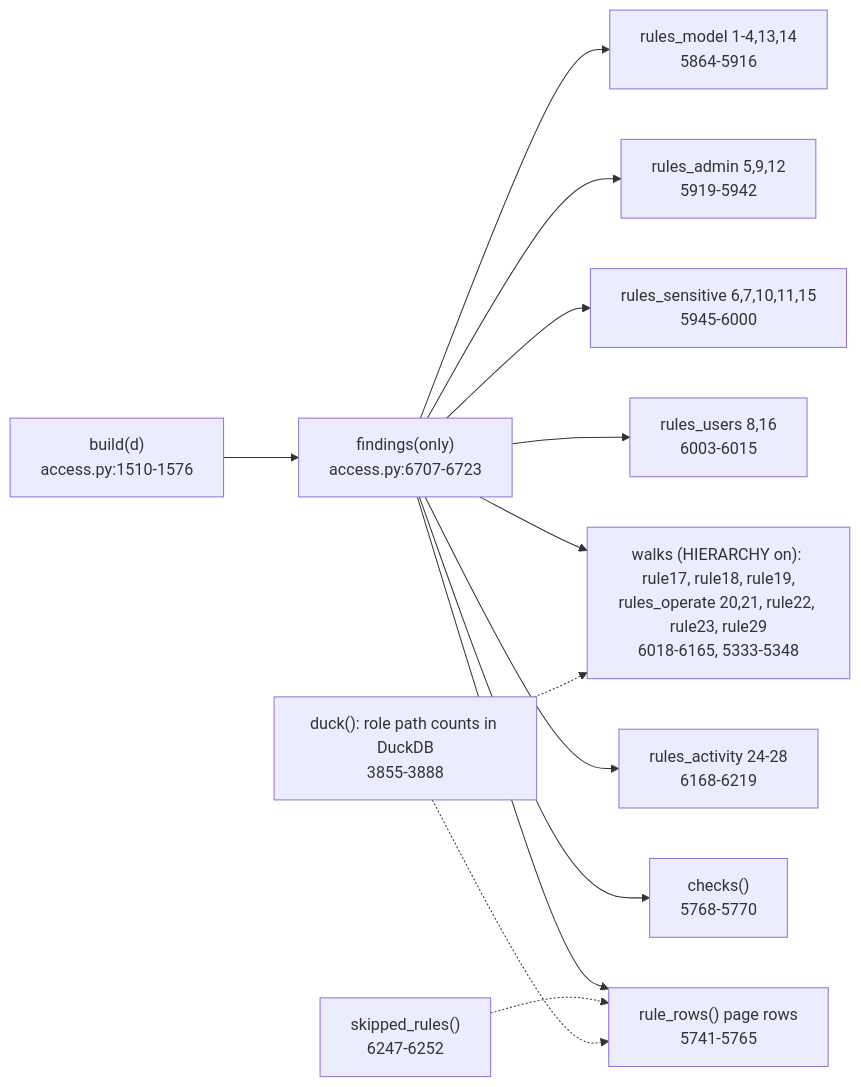
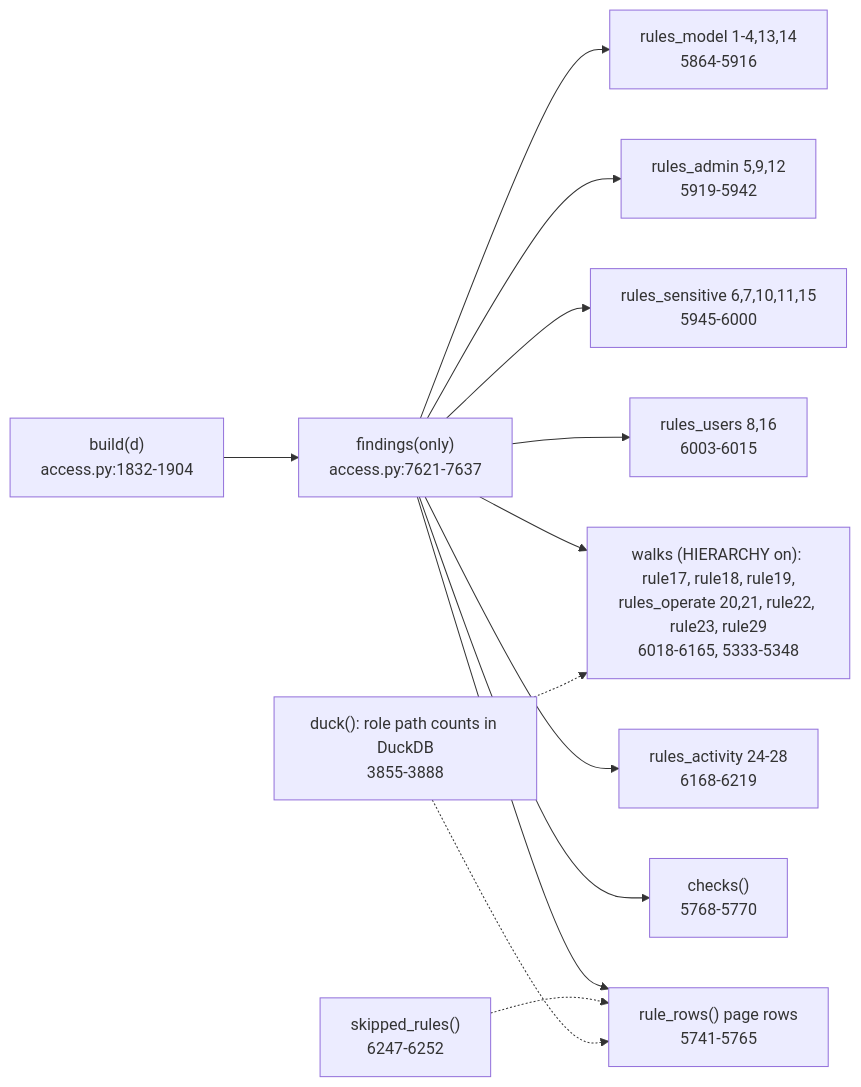
Before and after one commit to darshanmeel/snowflake-access-explorer: the diagram in snowflake-access-explorer-knowledge-graph/logic/rules.md, drawn with Mermaid. The commit also changed other lines of this file and 97 other files, not shown here.

First line of the commit message:
Knowledge graph: updated for 80 commits (read levels, object inventory, object activity, graph focus, risks, Home)

````diff
--- a/snowflake-access-explorer-knowledge-graph/logic/rules.md
+++ b/snowflake-access-explorer-knowledge-graph/logic/rules.md
@@ -6,15 +6,15 @@
 ```mermaid
 flowchart LR
-  B["build(d)<br/>access.py:1510-1576"] --> F["findings(only)<br/>access.py:6707-6723"]
+  B["build(d)<br/>access.py:1832-1904"] --> F["findings(only)<br/>access.py:7621-7637"]
   F --> M["rules_model 1-4,13,14<br/>5864-5916"]
   F --> A["rules_admin 5,9,12<br/>5919-5942"]
   F --> S["rules_sensitive 6,7,10,11,15<br/>5945-6000"]
   F --> U["rules_users 8,16<br/>6003-6015"]
   F --> W["walks (HIERARCHY on): rule17, rule18, rule19,<br/>rules_operate 20,21, rule22, rule23, rule29<br/>6018-6165, 5333-5348"]
   F --> RA["rules_activity 24-28<br/>6168-6219"]
   F --> C["checks()<br/>5768-5770"]
   F --> RR["rule_rows() page rows<br/>5741-5765"]
   K["skipped_rules()<br/>6247-6252"] -.-> RR
   D["duck(): role path counts in DuckDB<br/>3855-3888"] -.-> RR
   D -.-> W
 ```
````
